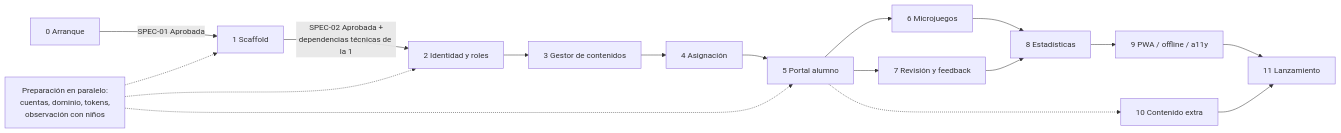
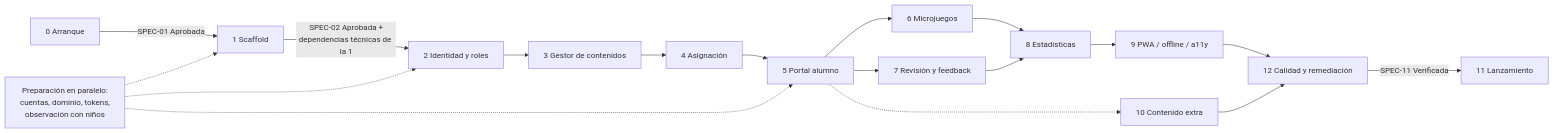
Before and after one commit to Samuel-Duque/englove: the diagram in planning/pbp-development.md, drawn with Mermaid. The commit also changed other lines of this file and 12 other files, not shown here.

````diff
--- a/planning/pbp-development.md
+++ b/planning/pbp-development.md
@@ -47,19 +49,20 @@
 ```mermaid
 flowchart LR
   E0["0 Arranque"] -- "SPEC-01 Aprobada" --> E1
   E1["1 Scaffold"] -- "SPEC-02 Aprobada +<br/>dependencias técnicas de la 1" --> E2["2 Identidad y roles"]
   P0["Preparación en paralelo:<br/>cuentas, dominio, tokens,<br/>observación con niños"] -.-> E1
   P0 -.-> E2
   P0 -.-> E5
   E2 --> E3["3 Gestor de contenidos"]
   E3 --> E4["4 Asignación"]
   E4 --> E5["5 Portal alumno"]
   E5 --> E6["6 Microjuegos"]
   E5 --> E7["7 Revisión y feedback"]
   E6 --> E8["8 Estadísticas"]
   E7 --> E8
   E8 --> E9["9 PWA / offline / a11y"]
   E5 -.-> E10["10 Contenido extra"]
-  E9 --> E11["11 Lanzamiento"]
-  E10 --> E11
+  E9 --> E12["12 Calidad y remediación"]
+  E10 --> E12
+  E12 -- "SPEC-11 Verificada" --> E11["11 Lanzamiento"]
 ```
````
